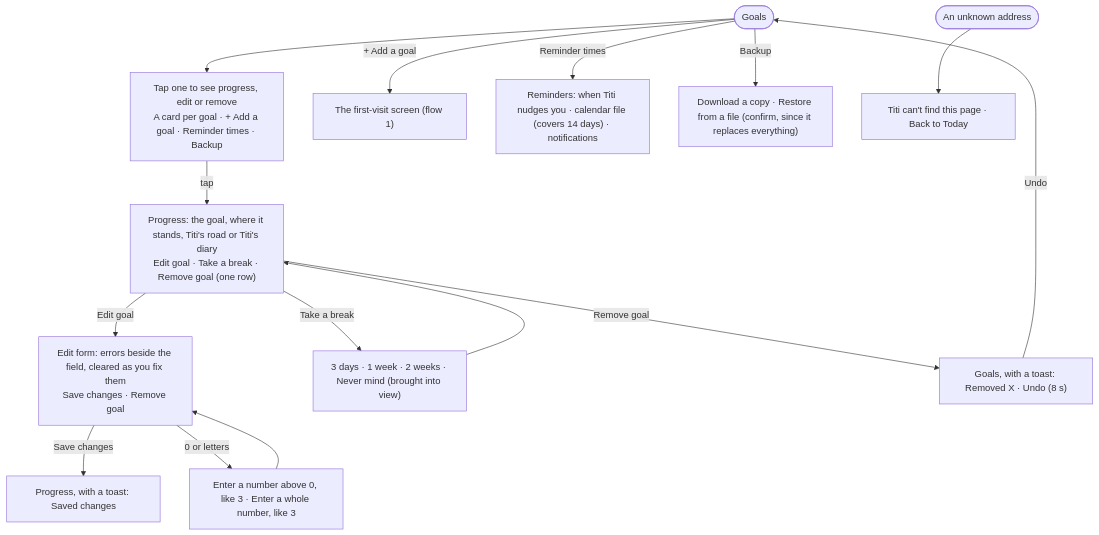
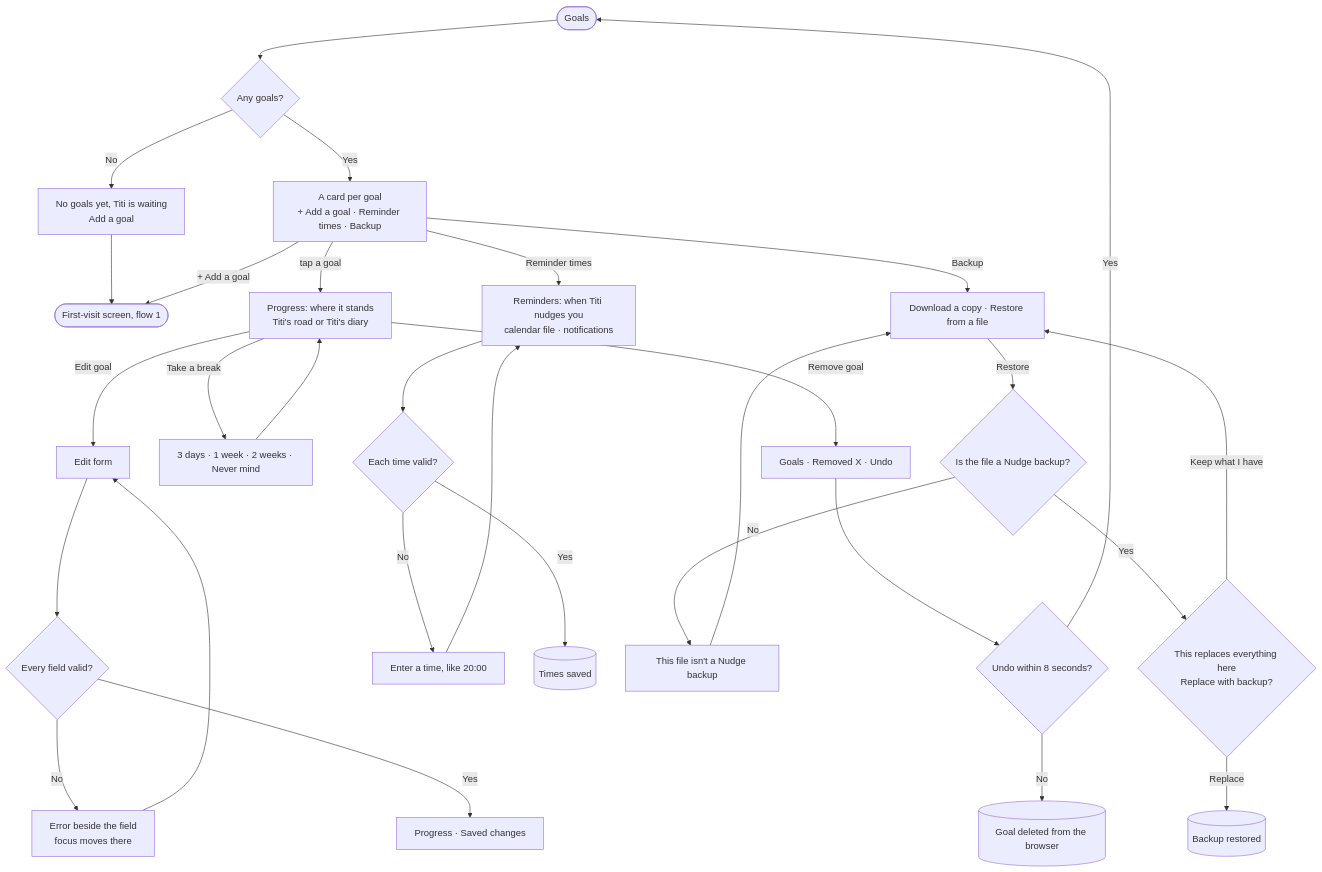
One commit to jessieyiqichen/dbs-a3 changed the fifth of 5 diagrams in flows.md. Above: the diagram before and after it, drawn with Mermaid. The commit also changed other lines of this file and 2 other files, not shown here.

Commit message:
docs: detailed flow diagrams with decisions, error loops and the save step; one overview of the whole loop

````diff
--- a/flows.md
+++ b/flows.md
@@ -74,15 +126,26 @@
 ```mermaid
 flowchart TD
-    GL([Goals]) --> C["Tap one to see progress, edit or remove\nA card per goal · + Add a goal · Reminder times · Backup"]
-    C -->|tap| PR["Progress: the goal, where it stands, Titi's road or Titi's diary\nEdit goal · Take a break · Remove goal (one row)"]
-    PR -->|Edit goal| E["Edit form: errors beside the field, cleared as you fix them\nSave changes · Remove goal"]
-    E -->|Save changes| PRS["Progress, with a toast: Saved changes"]
-    E -->|0 or letters| EE["Enter a number above 0, like 3 · Enter a whole number, like 3"] --> E
-    PR -->|Take a break| BR["3 days · 1 week · 2 weeks · Never mind (brought into view)"] --> PR
-    PR -->|Remove goal| U["Goals, with a toast: Removed X · Undo (8 s)"]
-    U -->|Undo| GL
-    GL -->|+ Add a goal| WZ["The first-visit screen (flow 1)"]
-    GL -->|Reminder times| RM["Reminders: when Titi nudges you · calendar file (covers 14 days) · notifications"]
-    GL -->|Backup| BK["Download a copy · Restore from a file (confirm, since it replaces everything)"]
-    X([An unknown address]) --> NF["Titi can't find this page · Back to Today"]
+    GL([Goals]) --> HG{Any goals?}
+    HG -->|No| EM[No goals yet, Titi is waiting<br>Add a goal] --> WZ
+    HG -->|Yes| C[A card per goal<br>+ Add a goal · Reminder times · Backup]
+    C -->|+ Add a goal| WZ([First-visit screen, flow 1])
+    C -->|tap a goal| PR[Progress: where it stands<br>Titi's road or Titi's diary]
+    PR -->|Edit goal| E[Edit form] --> EV{Every field valid?}
+    EV -->|No| EE[Error beside the field<br>focus moves there] --> E
+    EV -->|Yes| PS[Progress · Saved changes]
+    PR -->|Take a break| BR[3 days · 1 week · 2 weeks · Never mind] --> PR
+    PR -->|Remove goal| U[Goals · Removed X · Undo]
+    U --> UD{Undo within 8 seconds?}
+    UD -->|Yes| GL
+    UD -->|No| GONE[(Goal deleted from the browser)]
+    C -->|Reminder times| RM[Reminders: when Titi nudges you<br>calendar file · notifications]
+    RM --> TV{Each time valid?}
+    TV -->|No| TE[Enter a time, like 20:00] --> RM
+    TV -->|Yes| RS[(Times saved)]
+    C -->|Backup| BK[Download a copy · Restore from a file]
+    BK -->|Restore| FV{Is the file a Nudge backup?}
+    FV -->|No| FE[This file isn't a Nudge backup] --> BK
+    FV -->|Yes| CF{This replaces everything here<br>Replace with backup?}
+    CF -->|Keep what I have| BK
+    CF -->|Replace| RP[(Backup restored)]
 ```
````
